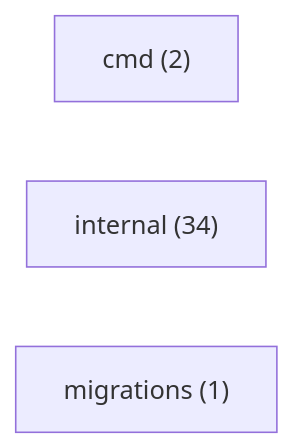
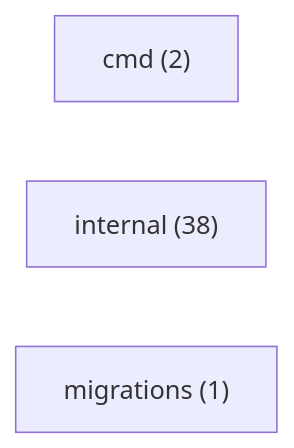
Before and after one commit to mauriciomiwa/ominicore-service: the diagram in DOC/System/mapa/inventario.md, drawn with Mermaid. The commit also changed other lines of this file and 55 other files, not shown here.

````diff
--- a/DOC/System/mapa/inventario.md
+++ b/DOC/System/mapa/inventario.md
@@ -14,6 +14,6 @@
 ```mermaid
 graph LR
   cmd["cmd (2)"]
-  internal["internal (34)"]
+  internal["internal (38)"]
   migrations["migrations (1)"]
 ```
````
